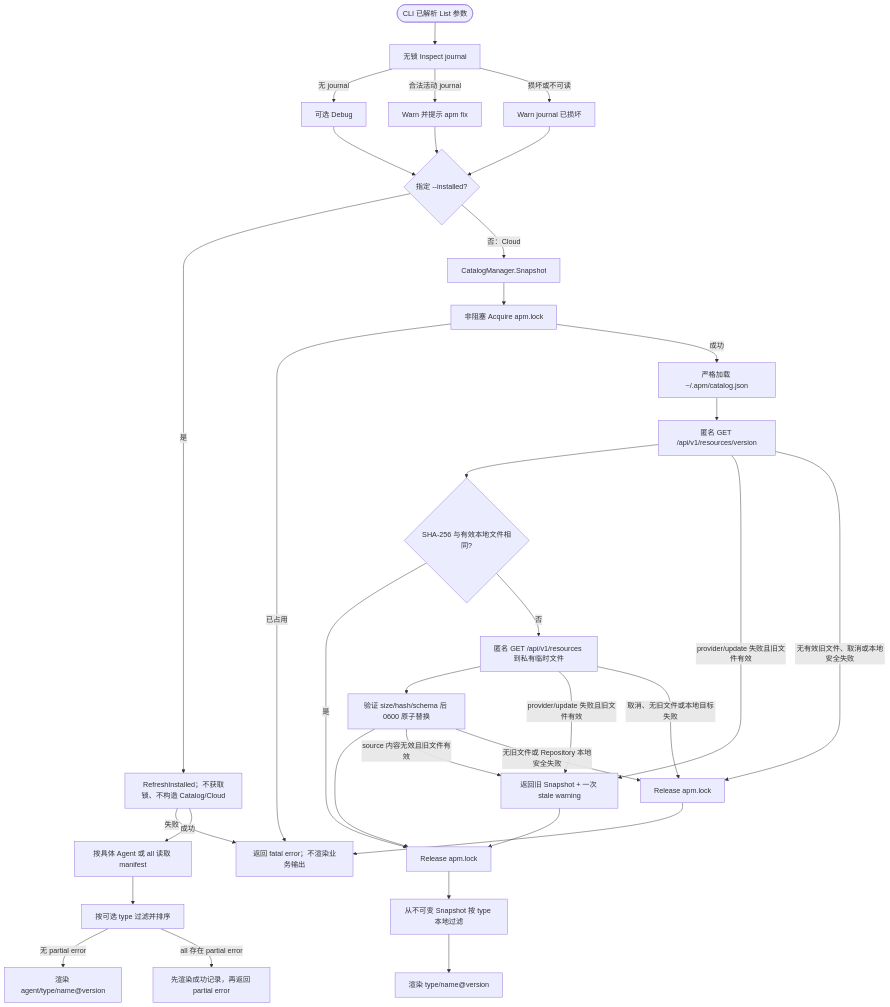
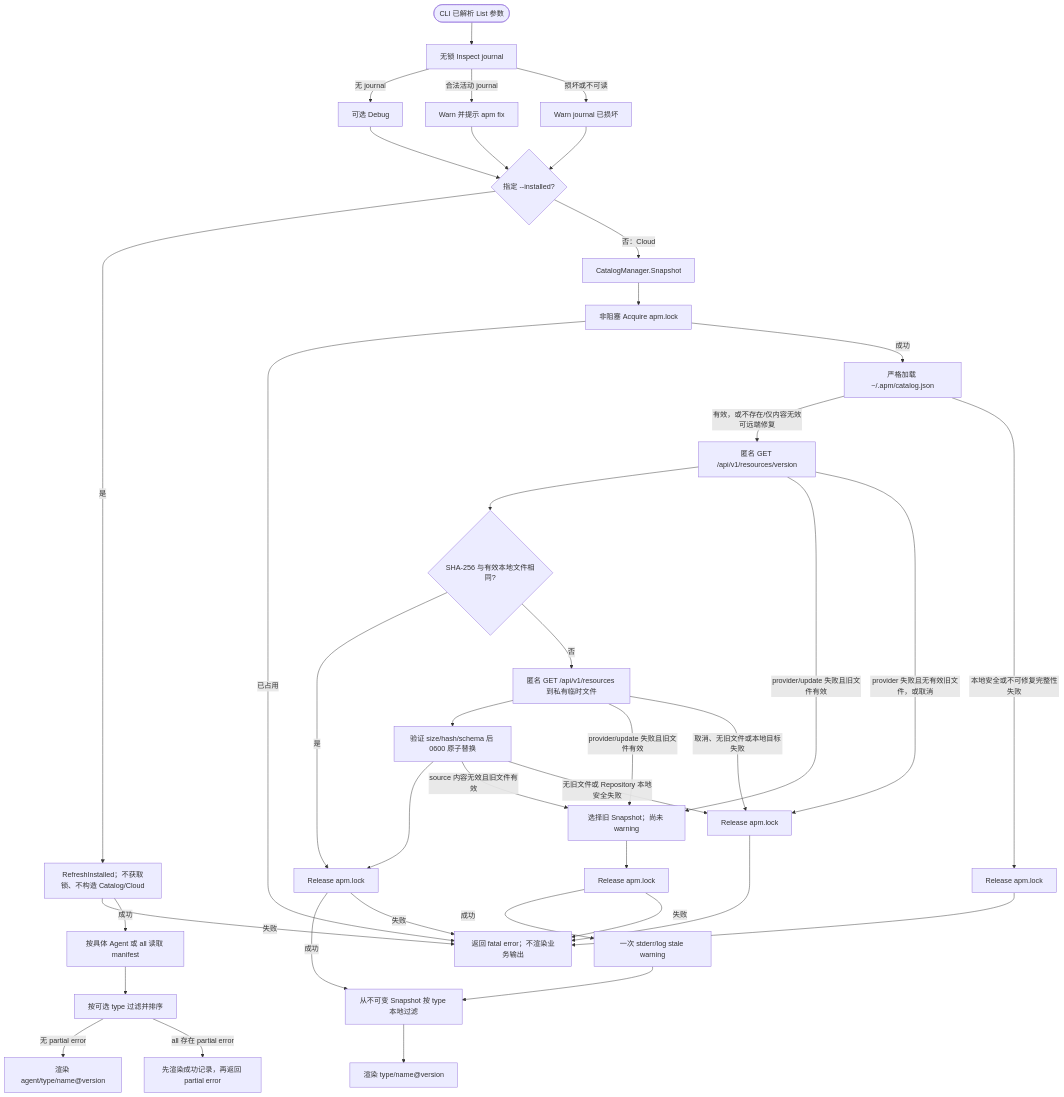
One commit to spacemit-com/agent-power-manager changed the diagram in ivory-tower/c4/components/apm-cli-lifecycle-diagrams/list.mmd. Above: the diagram before and after it, drawn with Mermaid. The commit also changed 7 other files, not shown here.

```diff
--- a/ivory-tower/c4/components/apm-cli-lifecycle-diagrams/list.mmd
+++ b/ivory-tower/c4/components/apm-cli-lifecycle-diagrams/list.mmd
@@ -1,35 +1,42 @@
 flowchart TD
     Start([CLI 已解析 List 参数]) --> Inspect[无锁 Inspect journal]
     Inspect -->|无 journal| Debug[可选 Debug]
     Inspect -->|合法活动 journal| WarnJournal[Warn 并提示 apm fix]
     Inspect -->|损坏或不可读| WarnDamaged[Warn journal 已损坏]
     Debug --> Mode{指定 --installed?}
     WarnJournal --> Mode
     WarnDamaged --> Mode
 
     Mode -->|是| Refresh[RefreshInstalled；不获取锁、不构造 Catalog/Cloud]
     Refresh -->|失败| Fatal[返回 fatal error；不渲染业务输出]
     Refresh -->|成功| ReadManifest[按具体 Agent 或 all 读取 manifest]
     ReadManifest --> InstalledCompute[按可选 type 过滤并排序]
     InstalledCompute -->|无 partial error| InstalledRender[渲染 agent/type/name@version]
     InstalledCompute -->|all 存在 partial error| PartialRender[先渲染成功记录，再返回 partial error]
 
     Mode -->|否：Cloud| Snapshot[CatalogManager.Snapshot]
     Snapshot --> TryLock[非阻塞 Acquire apm.lock]
     TryLock -->|已占用| Fatal
     TryLock -->|成功| Load[严格加载 ~/.apm/catalog.json]
-    Load --> Version[匿名 GET /api/v1/resources/version]
+    Load -->|有效，或不存在/仅内容无效可远端修复| Version[匿名 GET /api/v1/resources/version]
+    Load -->|本地安全或不可修复完整性失败| ReleaseLoadError[Release apm.lock]
+    ReleaseLoadError --> Fatal
     Version --> Same{SHA-256 与有效本地文件相同?}
     Same -->|是| Release[Release apm.lock]
     Same -->|否| Download[匿名 GET /api/v1/resources 到私有临时文件]
     Download --> Verify[验证 size/hash/schema 后 0600 原子替换]
     Verify --> Release
-    Version -->|provider/update 失败且旧文件有效| Stale[返回旧 Snapshot + 一次 stale warning] --> Release
+    Version -->|provider/update 失败且旧文件有效| Stale[选择旧 Snapshot；尚未 warning]
     Download -->|provider/update 失败且旧文件有效| Stale
     Verify -->|source 内容无效且旧文件有效| Stale
-    Version -->|无有效旧文件、取消或本地安全失败| ReleaseError[Release apm.lock]
+    Stale --> ReleaseStale[Release apm.lock]
+    ReleaseStale -->|成功| WarnStale[一次 stderr/log stale warning]
+    ReleaseStale -->|失败| Fatal
+    Version -->|provider 失败且无有效旧文件，或取消| ReleaseError[Release apm.lock]
     Download -->|取消、无旧文件或本地目标失败| ReleaseError
     Verify -->|无旧文件或 Repository 本地安全失败| ReleaseError
     ReleaseError --> Fatal
-    Release --> Filter[从不可变 Snapshot 按 type 本地过滤]
+    Release -->|成功| Filter[从不可变 Snapshot 按 type 本地过滤]
+    Release -->|失败| Fatal
+    WarnStale --> Filter
     Filter --> CloudRender[渲染 type/name@version]
```
